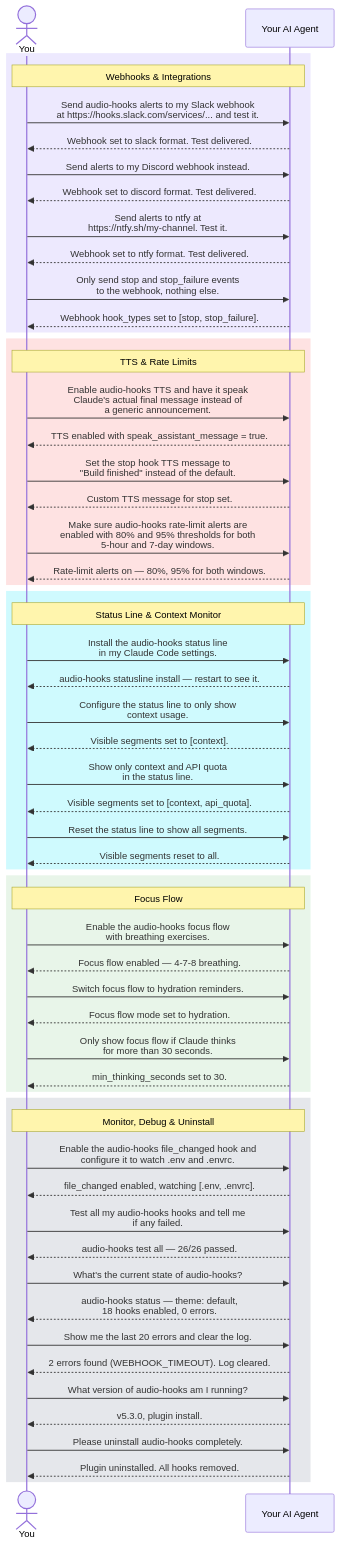
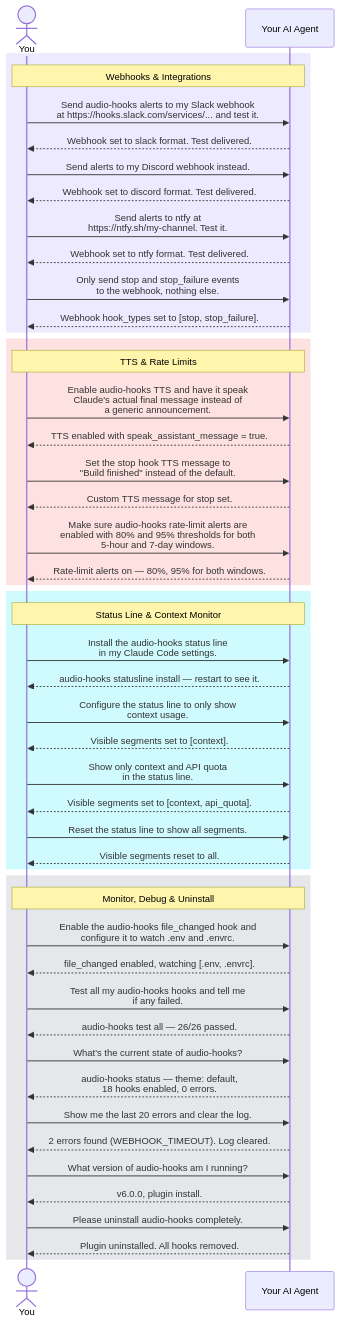
One commit to Samehadar/echook changed the fourth of 9 diagrams in README.md. Above: the diagram before and after it, drawn with Mermaid. The commit also changed other lines of this file and 55 other files, not shown here.

````diff
--- a/README.md
+++ b/README.md
@@ -365,65 +376,55 @@
 ```mermaid
 sequenceDiagram
     actor You as You
     participant CC as Your AI Agent
 
     rect rgb(237, 233, 254)
     Note over You,CC: Webhooks & Integrations
     You->>CC: Send audio-hooks alerts to my Slack webhook<br/>at https://hooks.slack.com/services/... and test it.
     CC-->>You: Webhook set to slack format. Test delivered.
     You->>CC: Send alerts to my Discord webhook instead.
     CC-->>You: Webhook set to discord format. Test delivered.
     You->>CC: Send alerts to ntfy at<br/>https://ntfy.sh/my-channel. Test it.
     CC-->>You: Webhook set to ntfy format. Test delivered.
     You->>CC: Only send stop and stop_failure events<br/>to the webhook, nothing else.
     CC-->>You: Webhook hook_types set to [stop, stop_failure].
     end
 
     rect rgb(254, 226, 226)
     Note over You,CC: TTS & Rate Limits
     You->>CC: Enable audio-hooks TTS and have it speak<br/>Claude's actual final message instead of<br/>a generic announcement.
     CC-->>You: TTS enabled with speak_assistant_message = true.
     You->>CC: Set the stop hook TTS message to<br/>"Build finished" instead of the default.
     CC-->>You: Custom TTS message for stop set.
     You->>CC: Make sure audio-hooks rate-limit alerts are<br/>enabled with 80% and 95% thresholds for both<br/>5-hour and 7-day windows.
     CC-->>You: Rate-limit alerts on — 80%, 95% for both windows.
     end
 
     rect rgb(207, 250, 254)
     Note over You,CC: Status Line & Context Monitor
     You->>CC: Install the audio-hooks status line<br/>in my Claude Code settings.
     CC-->>You: audio-hooks statusline install — restart to see it.
     You->>CC: Configure the status line to only show<br/>context usage.
     CC-->>You: Visible segments set to [context].
     You->>CC: Show only context and API quota<br/>in the status line.
     CC-->>You: Visible segments set to [context, api_quota].
     You->>CC: Reset the status line to show all segments.
     CC-->>You: Visible segments reset to all.
     end
 
-    rect rgb(232, 245, 233)
-    Note over You,CC: Focus Flow
-    You->>CC: Enable the audio-hooks focus flow<br/>with breathing exercises.
-    CC-->>You: Focus flow enabled — 4-7-8 breathing.
-    You->>CC: Switch focus flow to hydration reminders.
-    CC-->>You: Focus flow mode set to hydration.
-    You->>CC: Only show focus flow if Claude thinks<br/>for more than 30 seconds.
-    CC-->>You: min_thinking_seconds set to 30.
-    end
-
     rect rgb(229, 231, 235)
     Note over You,CC: Monitor, Debug & Uninstall
     You->>CC: Enable the audio-hooks file_changed hook and<br/>configure it to watch .env and .envrc.
     CC-->>You: file_changed enabled, watching [.env, .envrc].
     You->>CC: Test all my audio-hooks hooks and tell me<br/>if any failed.
     CC-->>You: audio-hooks test all — 26/26 passed.
     You->>CC: What's the current state of audio-hooks?
     CC-->>You: audio-hooks status — theme: default,<br/>18 hooks enabled, 0 errors.
     You->>CC: Show me the last 20 errors and clear the log.
     CC-->>You: 2 errors found (WEBHOOK_TIMEOUT). Log cleared.
     You->>CC: What version of audio-hooks am I running?
-    CC-->>You: v5.3.0, plugin install.
+    CC-->>You: v6.0.0, plugin install.
     You->>CC: Please uninstall audio-hooks completely.
     CC-->>You: Plugin uninstalled. All hooks removed.
     end
 ```
````
